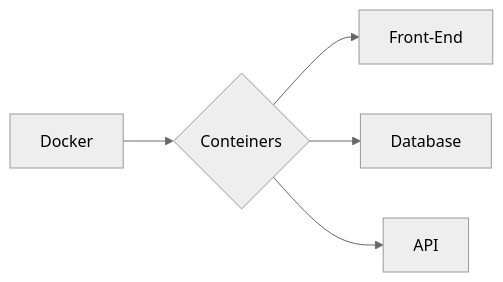
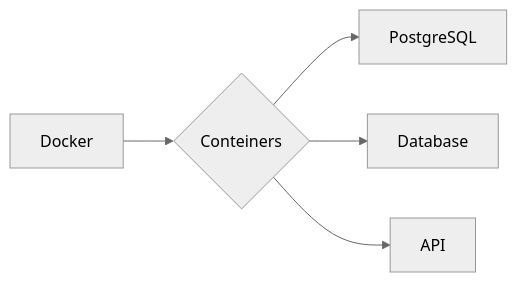
One commit to SauloCandeira/Docker-PostgreSQL changed the diagram in readme.md. Above: the diagram before and after it, drawn with Mermaid (neutral theme).

````diff
--- a/readme.md
+++ b/readme.md
@@ -27,9 +27,9 @@
 ```mermaid
 flowchart LR
 B[Docker]
 
 B --> C{Conteiners}
-C --> J[Front-End]
+C --> J[PostgreSQL]
 C --> K[Database]
 C --> L[API]
 ```
````
